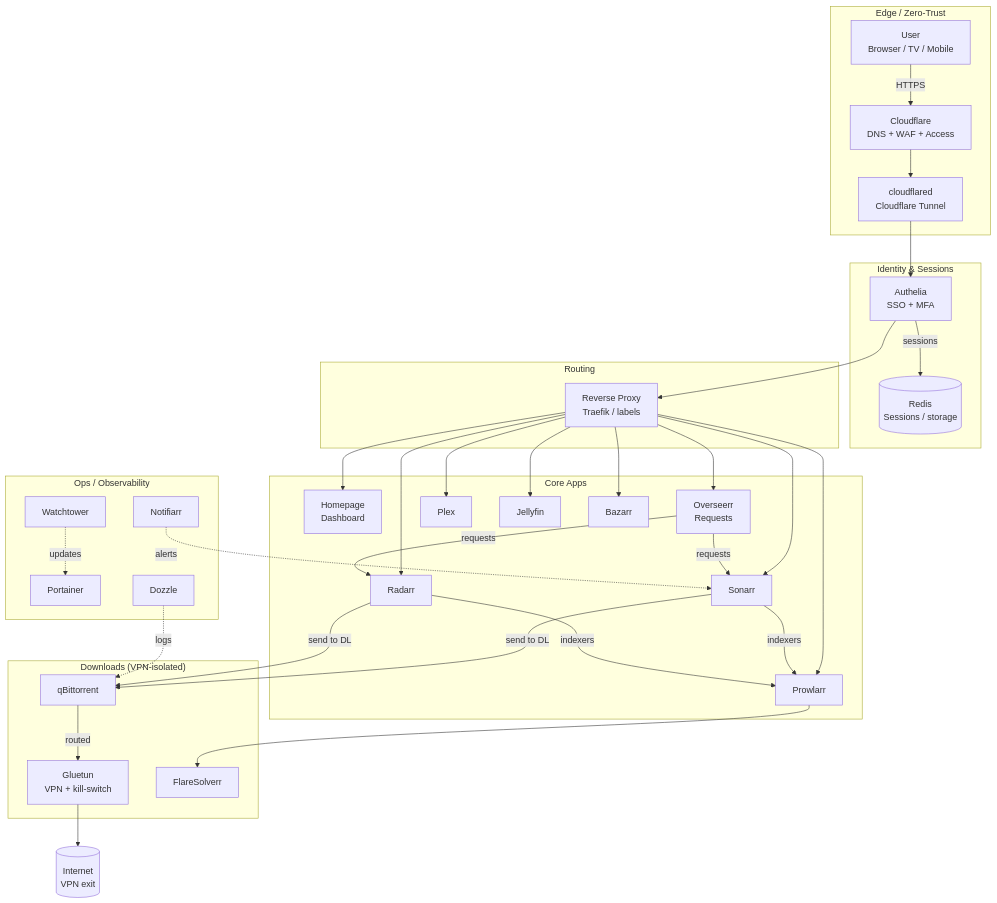
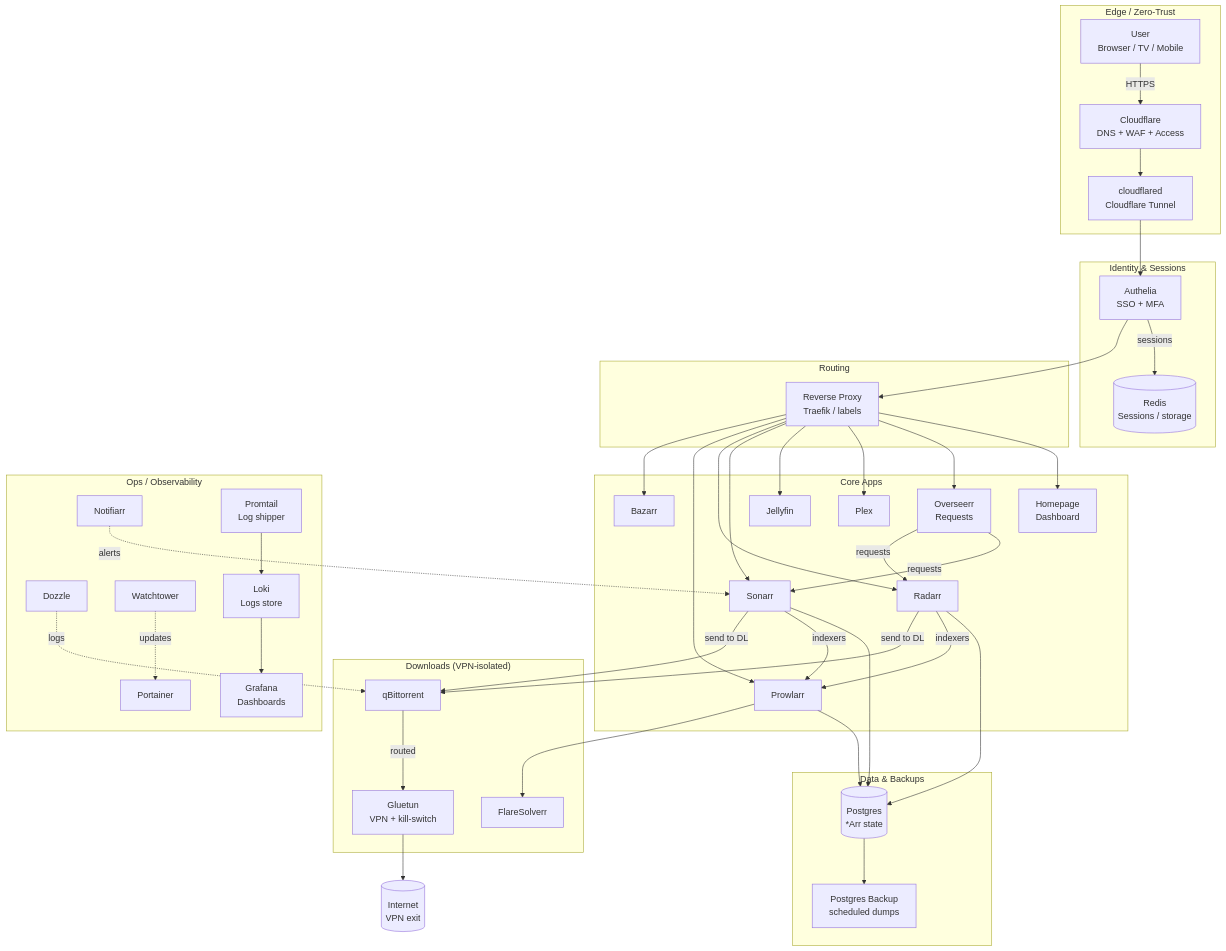
One commit to Morlock52/Media-stack-ga changed the first of 2 diagrams in README.md. Above: the diagram before and after it, drawn with Mermaid. The commit also changed other lines of this file, not shown here.

First line of the commit message:
Update README with Postgres, observability, and voice enhancements

```diff
--- a/README.md
+++ b/README.md
@@ -466,6 +493,12 @@
     A["Authelia<br/>SSO + MFA"]
     R[("Redis<br/>Sessions / storage")]
     A -->|sessions| R
+  end
+
+  %% ========== Data ==========
+  subgraph Data["Data & Backups"]
+    DB[("Postgres<br/>*Arr state")]
+    PB["Postgres Backup<br/>scheduled dumps"]
   end
 
   %% ========== Routing ==========
@@ -498,6 +531,9 @@
     DZ[Dozzle]
     WT[Watchtower]
     N[Notifiarr]
+    LK["Loki<br/>Logs store"]
+    PM["Promtail<br/>Log shipper"]
+    GF["Grafana<br/>Dashboards"]
   end
 
   %% ==== Wiring ====
@@ -511,6 +547,11 @@
   RP --> PR
   RP --> B
 
+  S --> DB
+  RA --> DB
+  PR --> DB
+  DB --> PB
+
   O -->|requests| S
   O -->|requests| RA
   S -->|indexers| PR
@@ -519,6 +560,8 @@
   S -->|send to DL| Q
   RA -->|send to DL| Q
 
+  PM --> LK --> GF
+
   Q -->|routed| G
   G --> Internet[("Internet<br/>VPN exit")]
 
```
